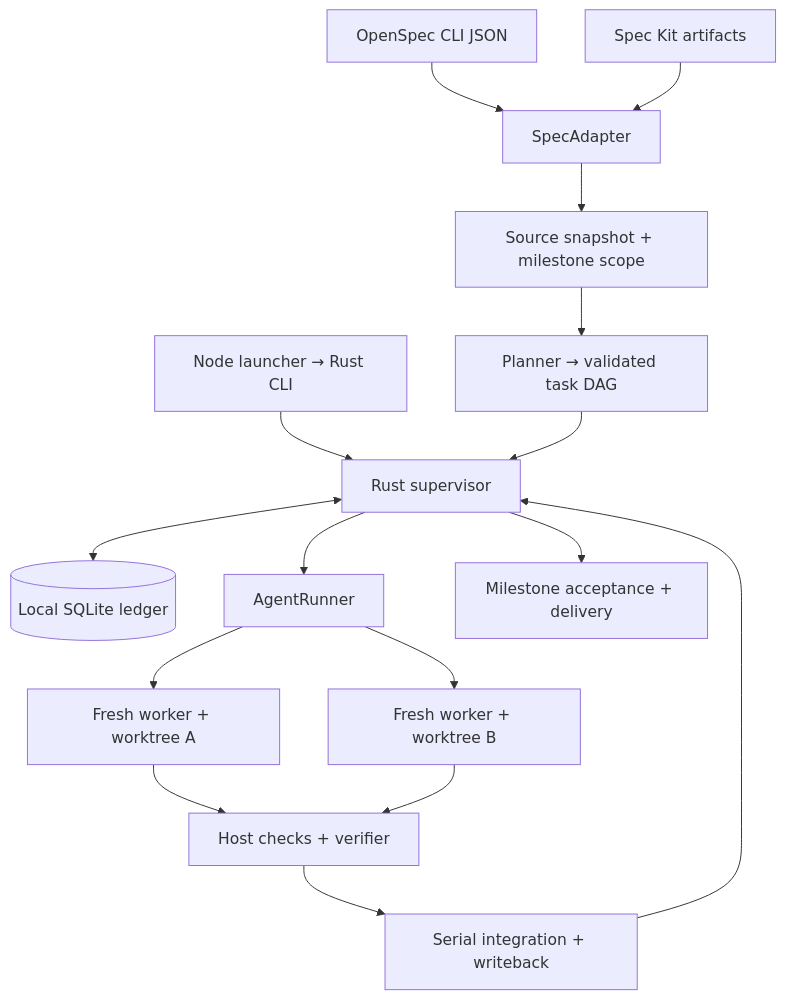
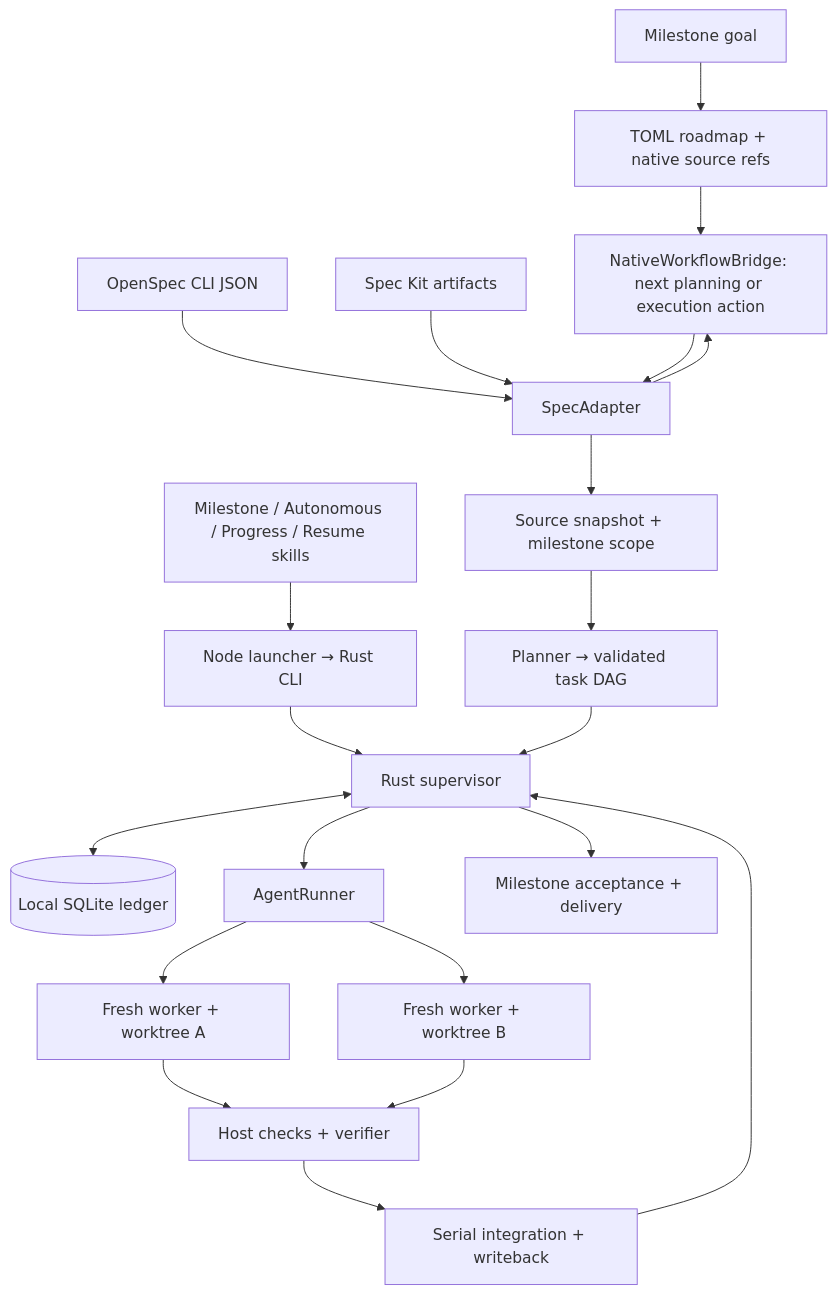
Before and after one commit to ZaneL1u/spec-autonomous: the diagram in openspec/changes/autonomous-orchestration/design.md, drawn with Mermaid. The commit also changed other lines of this file and 15 other files, not shown here.

Commit message:
docs: finalize native SDD autonomy and worktree progress contracts

````diff
--- a/openspec/changes/autonomous-orchestration/design.md
+++ b/openspec/changes/autonomous-orchestration/design.md
@@ -48,18 +203,23 @@
 ```mermaid
 flowchart TD
+  SKILL[Milestone / Autonomous / Progress / Resume skills] --> CLI
   CLI[Node launcher → Rust CLI] --> HOST[Rust supervisor]
+  GOAL[Milestone goal] --> ROADMAP[TOML roadmap + native source refs]
+  ROADMAP --> FLOW[NativeWorkflowBridge: next planning or execution action]
   OS[OpenSpec CLI JSON] --> ADAPTER[SpecAdapter]
   SK[Spec Kit artifacts] --> ADAPTER
+  ADAPTER --> FLOW
+  FLOW --> ADAPTER
   ADAPTER --> SNAP[Source snapshot + milestone scope]
   SNAP --> PLAN[Planner → validated task DAG]
   PLAN --> HOST
   HOST <--> DB[(Local SQLite ledger)]
   HOST --> RUNNER[AgentRunner]
   RUNNER --> W1[Fresh worker + worktree A]
   RUNNER --> W2[Fresh worker + worktree B]
   W1 --> VERIFY[Host checks + verifier]
   W2 --> VERIFY
   VERIFY --> INTEGRATE[Serial integration + writeback]
   INTEGRATE --> HOST
   HOST --> DONE[Milestone acceptance + delivery]
 ```
````
